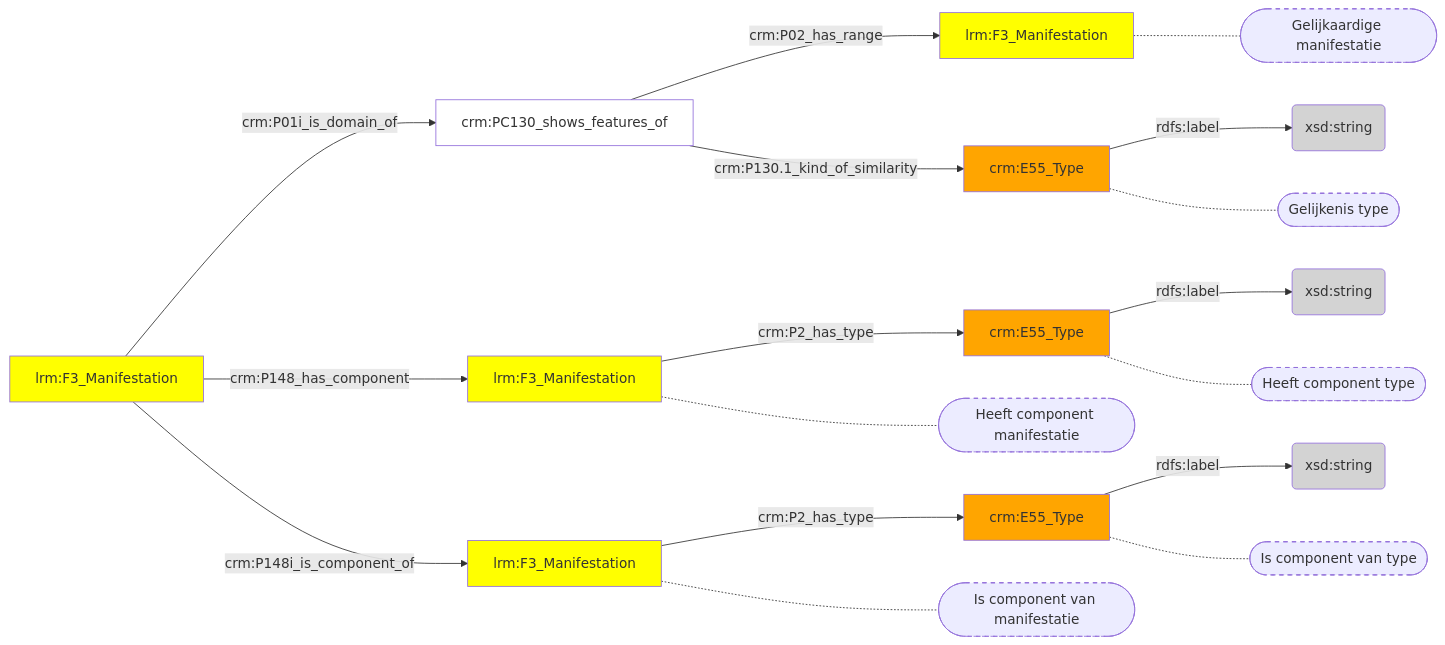
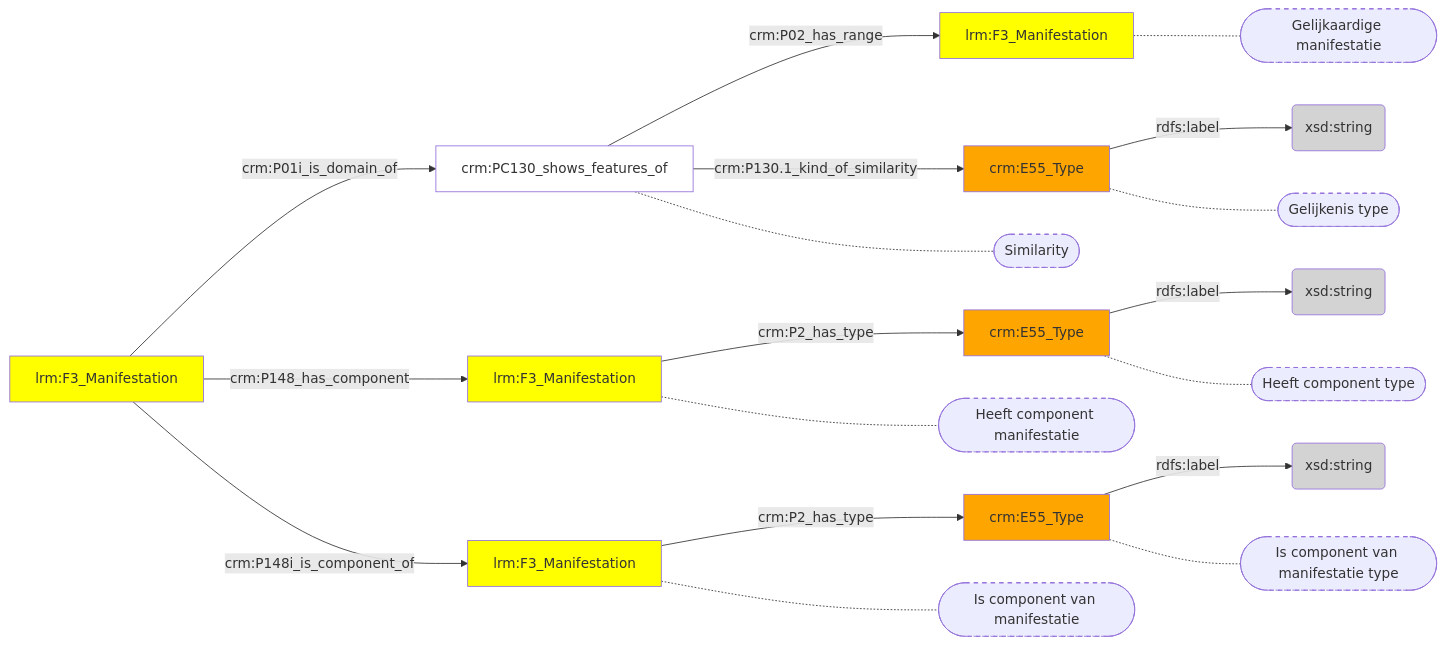
One commit to digipolisantwerpdocumentation/antwerp-cultureel-erfgoed changed the diagram in docs/content/modellen/BibliographicalManifestation/Verwijzingen.md. Above: the diagram before and after it, drawn with Mermaid. The commit also changed 173 other files, not shown here.

````diff
--- a/docs/content/modellen/BibliographicalManifestation/Verwijzingen.md
+++ b/docs/content/modellen/BibliographicalManifestation/Verwijzingen.md
@@ -1,36 +1,38 @@
 ```mermaid
 graph LR
 17e0f3de-8e93-11ee-8f9d-96a6d245525a["crm:E55_Type"]-->|"rdfs:label"|17e0fb22-8e93-11ee-8f9d-96a6d245525a(xsd:string)
 83463627-934d-11ee-9e33-960002548b4f["crm:E55_Type"]-->|"rdfs:label"|834639ce-934d-11ee-a516-960002548b4f(xsd:string)
 a13e386b-934d-11ee-a820-960002548b4f["crm:E55_Type"]-->|"rdfs:label"|a13e3c31-934d-11ee-a98f-960002548b4f(xsd:string)
 17e0cdb4-8e93-11ee-8f9d-96a6d245525a["crm:PC130_shows_features_of"]-->|"crm:P02_has_range"|17e10d06-8e93-11ee-8f9d-96a6d245525a["lrm:F3_Manifestation"]
 17e0cdb4-8e93-11ee-8f9d-96a6d245525a["crm:PC130_shows_features_of"]-->|"crm:P130.1_kind_of_similarity"|17e0f3de-8e93-11ee-8f9d-96a6d245525a["crm:E55_Type"]
 17e0efec-8e93-11ee-8f9d-96a6d245525a["lrm:F3_Manifestation"]-->|"crm:P01i_is_domain_of"|17e0cdb4-8e93-11ee-8f9d-96a6d245525a["crm:PC130_shows_features_of"]
 17e0efec-8e93-11ee-8f9d-96a6d245525a["lrm:F3_Manifestation"]-->|"crm:P148_has_component"|654f9122-8e96-11ee-8f9d-96a6d245525a["lrm:F3_Manifestation"]
 17e0efec-8e93-11ee-8f9d-96a6d245525a["lrm:F3_Manifestation"]-->|"crm:P148i_is_component_of"|5aca3730-8e95-11ee-8f9d-96a6d245525a["lrm:F3_Manifestation"]
 5aca3730-8e95-11ee-8f9d-96a6d245525a["lrm:F3_Manifestation"]-->|"crm:P2_has_type"|83463627-934d-11ee-9e33-960002548b4f["crm:E55_Type"]
 654f9122-8e96-11ee-8f9d-96a6d245525a["lrm:F3_Manifestation"]-->|"crm:P2_has_type"|a13e386b-934d-11ee-a820-960002548b4f["crm:E55_Type"]
 17e10d06-8e93-11ee-8f9d-96a6d245525a["lrm:F3_Manifestation"]-.-17e10d06-8e93-11ee-8f9d-96a6d245525a_s(["Gelijkaardige manifestatie"])
 17e0f3de-8e93-11ee-8f9d-96a6d245525a["crm:E55_Type"]-.-17e0f3de-8e93-11ee-8f9d-96a6d245525a_s(["Gelijkenis type"])
+17e0cdb4-8e93-11ee-8f9d-96a6d245525a["crm:PC130_shows_features_of"]-.-17e0cdb4-8e93-11ee-8f9d-96a6d245525a_s(["Similarity"])
 654f9122-8e96-11ee-8f9d-96a6d245525a["lrm:F3_Manifestation"]-.-654f9122-8e96-11ee-8f9d-96a6d245525a_s(["Heeft component manifestatie"])
 5aca3730-8e95-11ee-8f9d-96a6d245525a["lrm:F3_Manifestation"]-.-5aca3730-8e95-11ee-8f9d-96a6d245525a_s(["Is component van manifestatie"])
-83463627-934d-11ee-9e33-960002548b4f["crm:E55_Type"]-.-83463627-934d-11ee-9e33-960002548b4f_s(["Is component van type"])
+83463627-934d-11ee-9e33-960002548b4f["crm:E55_Type"]-.-83463627-934d-11ee-9e33-960002548b4f_s(["Is component van manifestatie type"])
 a13e386b-934d-11ee-a820-960002548b4f["crm:E55_Type"]-.-a13e386b-934d-11ee-a820-960002548b4f_s(["Heeft component type"])
 style 17e10d06-8e93-11ee-8f9d-96a6d245525a_s stroke-dasharray: 5
 style 17e0f3de-8e93-11ee-8f9d-96a6d245525a_s stroke-dasharray: 5
+style 17e0cdb4-8e93-11ee-8f9d-96a6d245525a_s stroke-dasharray: 5
 style 654f9122-8e96-11ee-8f9d-96a6d245525a_s stroke-dasharray: 5
 style 5aca3730-8e95-11ee-8f9d-96a6d245525a_s stroke-dasharray: 5
 style 83463627-934d-11ee-9e33-960002548b4f_s stroke-dasharray: 5
 style a13e386b-934d-11ee-a820-960002548b4f_s stroke-dasharray: 5
 style 17e0cdb4-8e93-11ee-8f9d-96a6d245525a fill:#ffffff
 style 17e0efec-8e93-11ee-8f9d-96a6d245525a fill:#ffff00
 style 17e0f3de-8e93-11ee-8f9d-96a6d245525a fill:#ffa500
 style 17e0fb22-8e93-11ee-8f9d-96a6d245525a fill:#D3D3D3
 style 17e10d06-8e93-11ee-8f9d-96a6d245525a fill:#ffff00
 style 5aca3730-8e95-11ee-8f9d-96a6d245525a fill:#ffff00
 style 654f9122-8e96-11ee-8f9d-96a6d245525a fill:#ffff00
 style 83463627-934d-11ee-9e33-960002548b4f fill:#ffa500
 style 834639ce-934d-11ee-a516-960002548b4f fill:#D3D3D3
 style a13e386b-934d-11ee-a820-960002548b4f fill:#ffa500
 style a13e3c31-934d-11ee-a98f-960002548b4f fill:#D3D3D3
 ```
````
